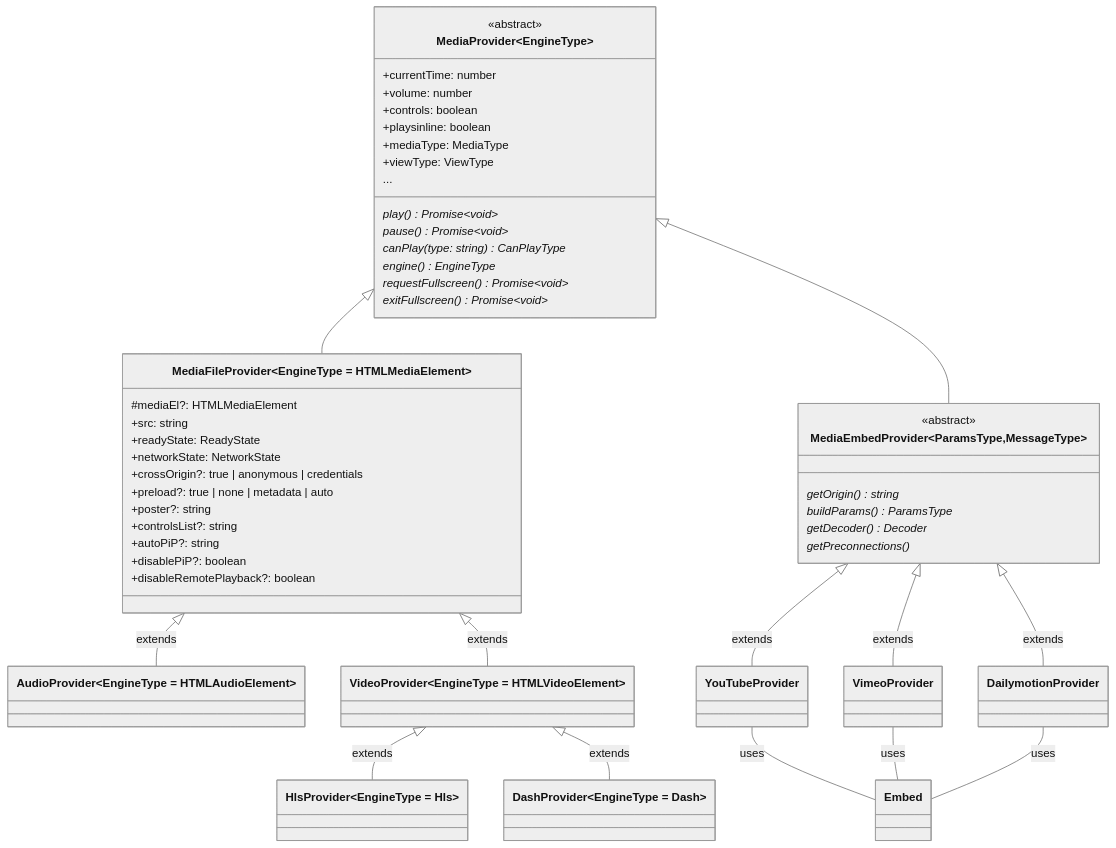
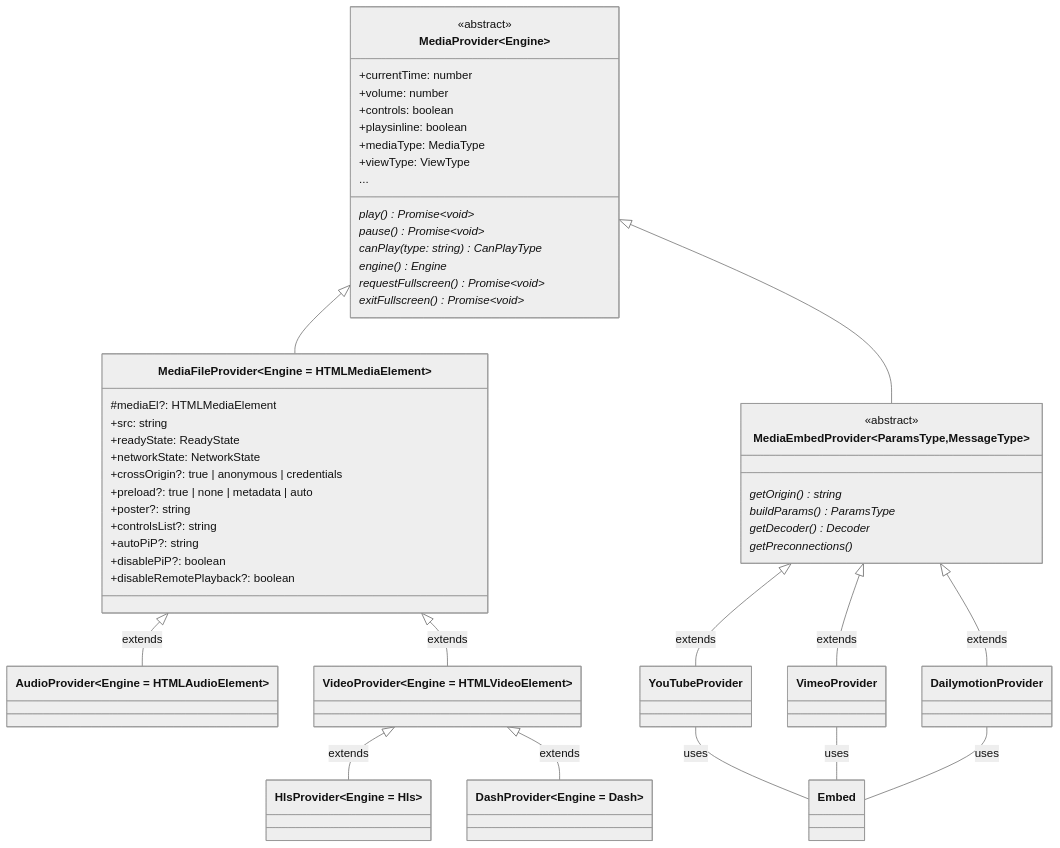
One commit to vidstack/player changed the diagram in docs/architecture/designs/providers.mmd. Above: the diagram before and after it, drawn with Mermaid (neutral theme). The commit also changed 26 other files, not shown here.

Commit message:
refactor: migrate hls provider

```diff
--- a/docs/architecture/designs/providers.mmd
+++ b/docs/architecture/designs/providers.mmd
@@ -1,67 +1,67 @@
 classDiagram
 
 class YouTubeProvider
 class VimeoProvider
 class DailymotionProvider
 class Embed
 
 YouTubeProvider -- Embed: uses
 VimeoProvider -- Embed: uses
 DailymotionProvider -- Embed: uses
 
 class MediaEmbedProvider~ParamsType,MessageType~ {
     <<abstract>>
     getOrigin()* string
     buildParams()* ParamsType
     getDecoder()* Decoder
     getPreconnections()*
 }
 
 MediaEmbedProvider <|-- YouTubeProvider: extends
 MediaEmbedProvider <|-- VimeoProvider: extends
 MediaEmbedProvider <|-- DailymotionProvider: extends
 
-class VideoProvider~EngineType = HTMLVideoElement~
-class AudioProvider~EngineType = HTMLAudioElement~
-class HlsProvider~EngineType = Hls~
-class DashProvider~EngineType = Dash~
+class VideoProvider~Engine = HTMLVideoElement~
+class AudioProvider~Engine = HTMLAudioElement~
+class HlsProvider~Engine = Hls~
+class DashProvider~Engine = Dash~
 
-class MediaFileProvider~EngineType = HTMLMediaElement~ {
+class MediaFileProvider~Engine = HTMLMediaElement~ {
     #mediaEl?: HTMLMediaElement
     +src: string
     +readyState: ReadyState
     +networkState: NetworkState
     +crossOrigin?: true | anonymous | credentials
     +preload?: true | none | metadata | auto
     +poster?: string
     +controlsList?: string
     +autoPiP?: string
     +disablePiP?: boolean
     +disableRemotePlayback?: boolean
 }
 
 MediaFileProvider <|-- AudioProvider: extends
 MediaFileProvider <|-- VideoProvider: extends
 VideoProvider <|-- HlsProvider: extends
 VideoProvider <|-- DashProvider: extends
 
-class MediaProvider~EngineType~ {
+class MediaProvider~Engine~ {
     <<abstract>>
     +currentTime: number
     +volume: number
     +controls: boolean
     +playsinline: boolean
     +mediaType: MediaType
     +viewType: ViewType
     ...
 
     play()* Promise~void~
     pause()* Promise~void~
     canPlay(type: string)* CanPlayType
-    engine()* EngineType
+    engine()* Engine
     requestFullscreen()* Promise~void~
     exitFullscreen()* Promise~void~
 }
 
 MediaProvider <|-- MediaFileProvider
 MediaProvider <|-- MediaEmbedProvider
```
